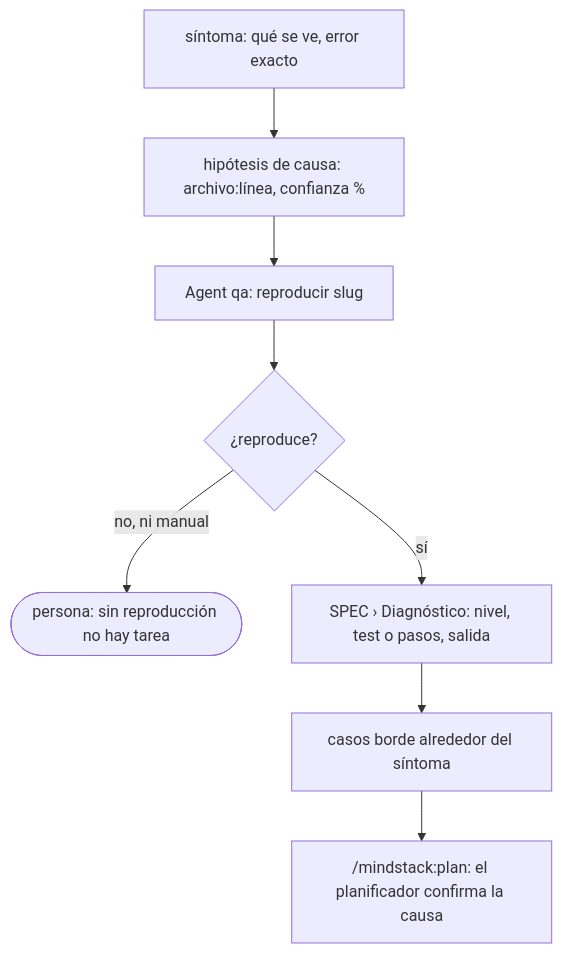
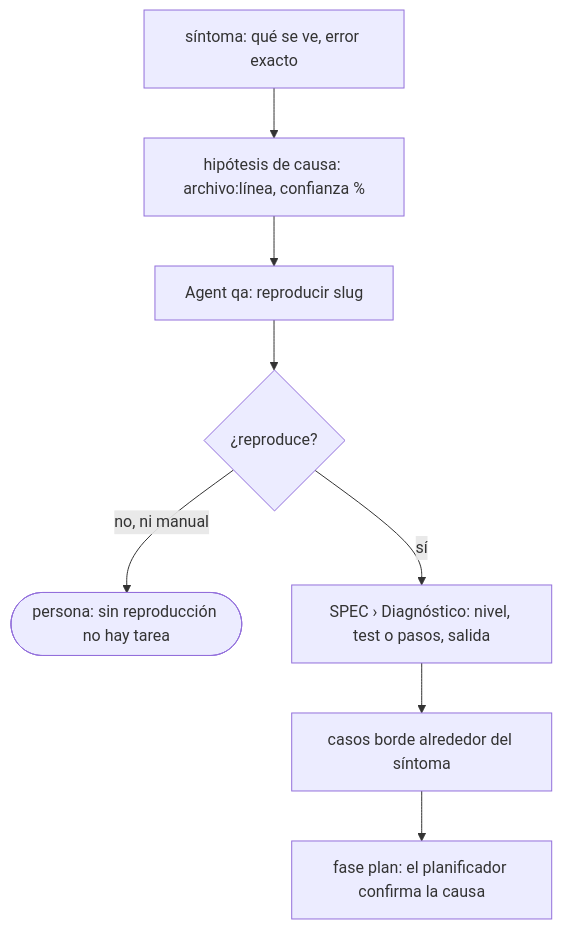
Before and after one commit to octavio-parozlabs/mindstack: the second of 2 diagrams in skills/workflow/references/analyze.md, drawn with Mermaid. The commit also changed other lines of this file and 58 other files, not shown here.

````diff
--- a/skills/workflow/references/analyze.md
+++ b/skills/workflow/references/analyze.md
@@ -51,10 +51,10 @@
 ```mermaid
 flowchart TD
     S[síntoma: qué se ve, error exacto] --> H[hipótesis de causa: archivo:línea, confianza %]
     H --> Q[Agent qa: reproducir slug]
     Q --> R{¿reproduce?}
     R -- no, ni manual --> P([persona: sin reproducción no hay tarea])
     R -- sí --> D[SPEC › Diagnóstico: nivel, test o pasos, salida]
     D --> CB[casos borde alrededor del síntoma]
-    CB --> OK["/mindstack:plan: el planificador confirma la causa"]
+    CB --> OK["fase plan: el planificador confirma la causa"]
 ```
````
